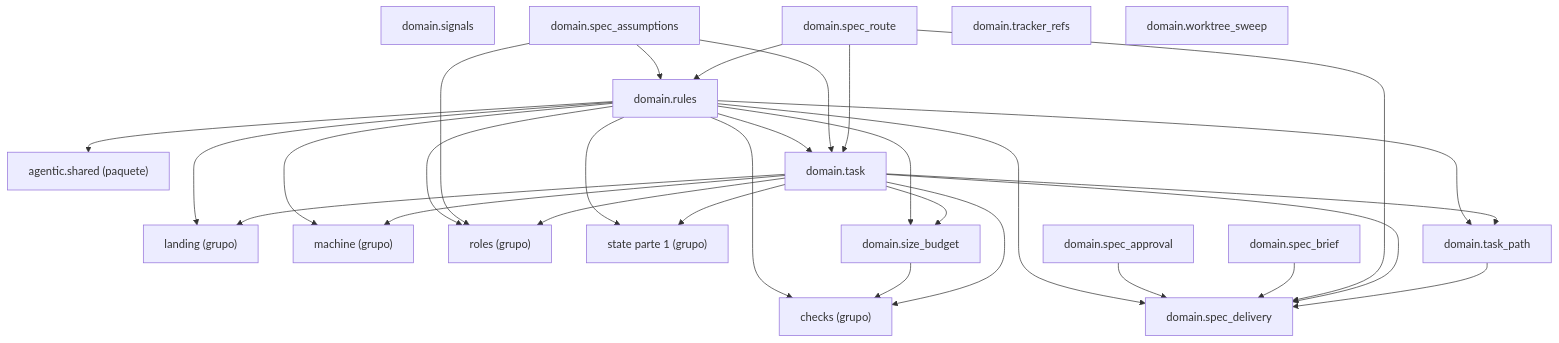
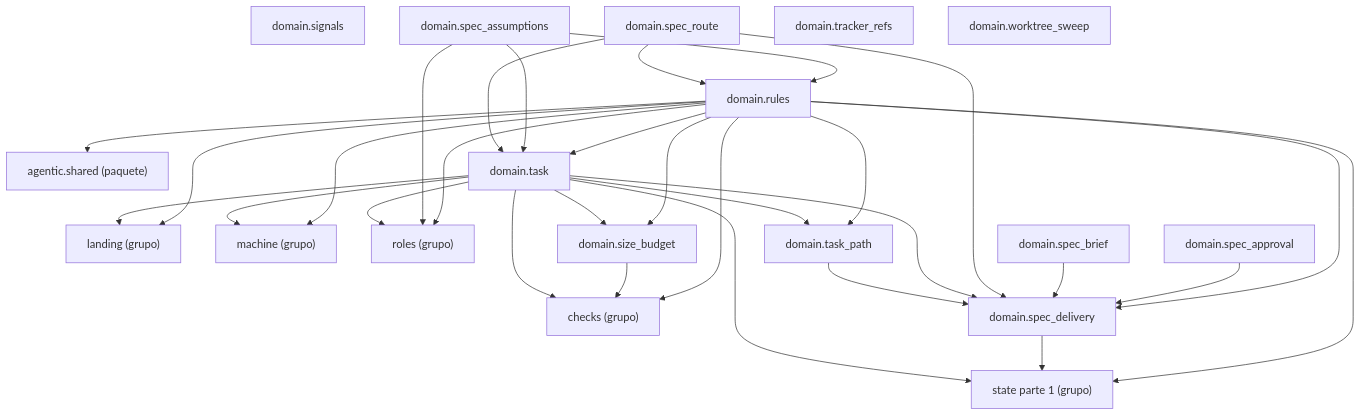
Before and after one commit to GonzaloZevallos/agentic-system: the diagram in docs/architecture/generated/packages-process-domain-state-2.md, drawn with Mermaid. The commit also changed 11 other files, not shown here.

````diff
--- a/docs/architecture/generated/packages-process-domain-state-2.md
+++ b/docs/architecture/generated/packages-process-domain-state-2.md
@@ -12,49 +12,50 @@
 ```mermaid
 graph TD
     g_domain__checks["checks (grupo)"]
     g_domain__landing["landing (grupo)"]
     g_domain__machine["machine (grupo)"]
     g_domain__roles["roles (grupo)"]
     g_domain__state__1["state parte 1 (grupo)"]
     g_pkg__agentic__shared["agentic.shared (paquete)"]
     m_domain__rules["domain.rules"]
     m_domain__signals["domain.signals"]
     m_domain__size_budget["domain.size_budget"]
     m_domain__spec_approval["domain.spec_approval"]
     m_domain__spec_assumptions["domain.spec_assumptions"]
     m_domain__spec_brief["domain.spec_brief"]
     m_domain__spec_delivery["domain.spec_delivery"]
     m_domain__spec_route["domain.spec_route"]
     m_domain__task["domain.task"]
     m_domain__task_path["domain.task_path"]
     m_domain__tracker_refs["domain.tracker_refs"]
     m_domain__worktree_sweep["domain.worktree_sweep"]
     m_domain__rules --> g_domain__checks
     m_domain__rules --> g_domain__landing
     m_domain__rules --> g_domain__machine
     m_domain__rules --> g_domain__roles
     m_domain__rules --> g_domain__state__1
     m_domain__rules --> g_pkg__agentic__shared
     m_domain__rules --> m_domain__size_budget
     m_domain__rules --> m_domain__spec_delivery
     m_domain__rules --> m_domain__task
     m_domain__rules --> m_domain__task_path
     m_domain__size_budget --> g_domain__checks
     m_domain__spec_approval --> m_domain__spec_delivery
     m_domain__spec_assumptions --> g_domain__roles
     m_domain__spec_assumptions --> m_domain__rules
     m_domain__spec_assumptions --> m_domain__task
     m_domain__spec_brief --> m_domain__spec_delivery
+    m_domain__spec_delivery --> g_domain__state__1
     m_domain__spec_route --> m_domain__rules
     m_domain__spec_route --> m_domain__spec_delivery
     m_domain__spec_route --> m_domain__task
     m_domain__task --> g_domain__checks
     m_domain__task --> g_domain__landing
     m_domain__task --> g_domain__machine
     m_domain__task --> g_domain__roles
     m_domain__task --> g_domain__state__1
     m_domain__task --> m_domain__size_budget
     m_domain__task --> m_domain__spec_delivery
     m_domain__task --> m_domain__task_path
     m_domain__task_path --> m_domain__spec_delivery
 ```
````
